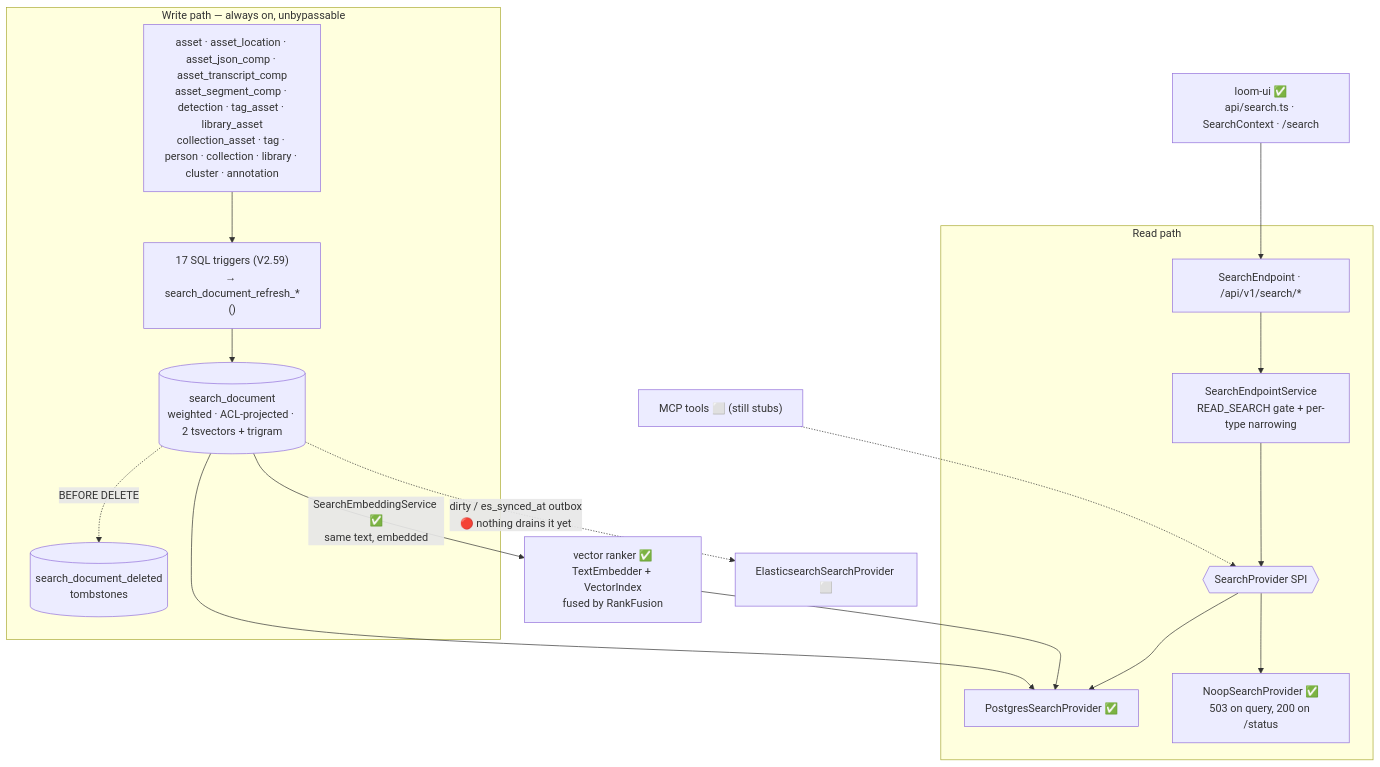
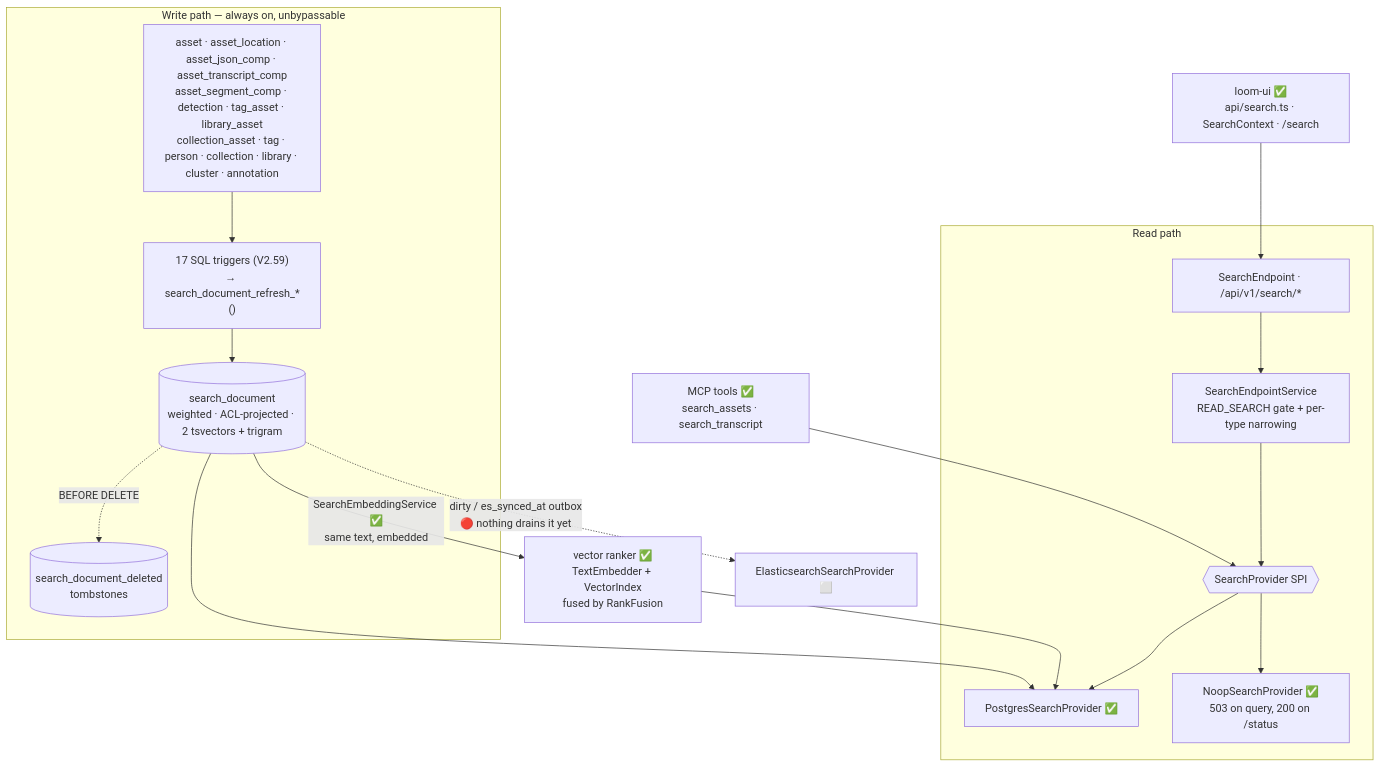
One commit to metaloom/metaloom changed the diagram in spec/features/search/SEARCH.md. Above: the diagram before and after it, drawn with Mermaid. The commit also changed other lines of this file and 17 other files, not shown here.

Commit message:
Add search support in MCP

````diff
--- a/spec/features/search/SEARCH.md
+++ b/spec/features/search/SEARCH.md
@@ -50,29 +50,29 @@
 ```mermaid
 graph TB
     subgraph writes["Write path — always on, unbypassable"]
         SRC["asset · asset_location · asset_json_comp · asset_transcript_comp<br/>asset_segment_comp · detection · tag_asset · library_asset<br/>collection_asset · tag · person · collection · library · cluster · annotation"]
         TRG["17 SQL triggers (V2.59)<br/>→ search_document_refresh_*()"]
         DOC[("search_document<br/>weighted · ACL-projected · 2 tsvectors + trigram")]
         TOMB[("search_document_deleted<br/>tombstones")]
         SRC --> TRG --> DOC
         DOC -.->|BEFORE DELETE| TOMB
     end
 
     subgraph read["Read path"]
         EP["SearchEndpoint · /api/v1/search/*"]
         SVC["SearchEndpointService<br/>READ_SEARCH gate + per-type narrowing"]
         SPI{{"SearchProvider SPI"}}
         PG["PostgresSearchProvider ✅"]
         NOOP["NoopSearchProvider ✅<br/>503 on query, 200 on /status"]
         EP --> SVC --> SPI
         SPI --> PG
         SPI --> NOOP
     end
 
     DOC --> PG
     DOC -->|"SearchEmbeddingService ✅<br/>same text, embedded"| VEC["vector ranker ✅<br/>TextEmbedder + VectorIndex<br/>fused by RankFusion"]
     VEC --> PG
     DOC -.->|"dirty / es_synced_at outbox<br/>🔴 nothing drains it yet"| ES["ElasticsearchSearchProvider ⬜"]
     UI["loom-ui ✅<br/>api/search.ts · SearchContext · /search"] --> EP
-    MCP["MCP tools ⬜ (still stubs)"] -.-> SPI
+    MCP["MCP tools ✅<br/>search_assets · search_transcript"] --> SPI
 ```
````
